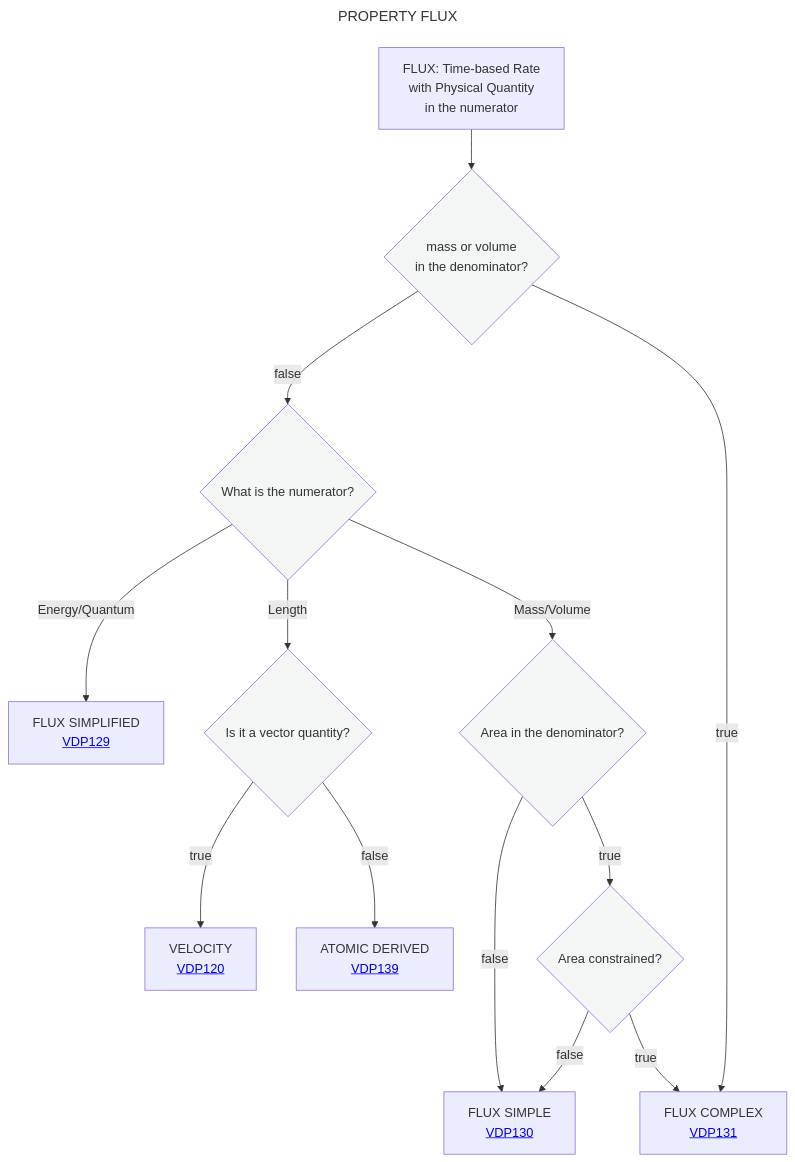
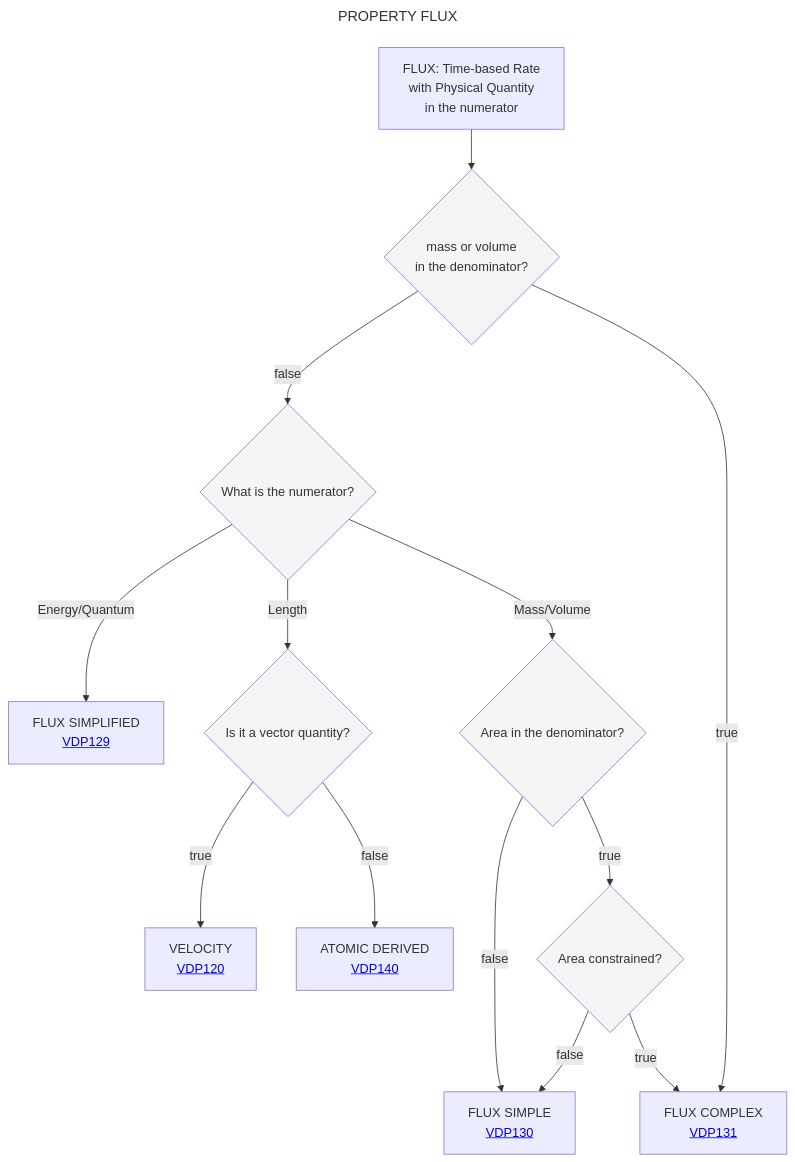
Before and after one commit to mabablue/I-ADOPT-patterns-playground: the diagram in Decisition_trees/DT4.mmd, drawn with Mermaid.

Commit message:
Update link in DT4.mmd for atomic derived pattern

```diff
--- a/Decisition_trees/DT4.mmd
+++ b/Decisition_trees/DT4.mmd
@@ -1,20 +1,20 @@
 ---
 title: PROPERTY FLUX
 ---
 flowchart TD
     A[FLUX: Time-based Rate <br> with Physical Quantity <br> in the numerator] --> B{mass or volume <br> in the denominator?}:::white
     B --> |false|C{What is the numerator?}:::white
     C -- Energy/Quantum--> D[FLUX SIMPLIFIED <br> <a href='https://github.com/mabablue/I-ADOPT-patterns-playground/blob/main/pattern/VDP129.yaml'>VDP129</a>]
     C -- Length --> E{Is it a vector quantity?}:::white
     E --> |true|J[VELOCITY <br> <a href='https://github.com/mabablue/I-ADOPT-patterns-playground/blob/main/pattern/VDP120.yaml'>VDP120</a] 
-    E --> |false|K[ATOMIC DERIVED <br> <a href='https://github.com/mabablue/I-ADOPT-patterns-playground/blob/main/pattern/VDP139.yaml'>VDP139</a] 
+    E --> |false|K[ATOMIC DERIVED <br> <a href='https://github.com/mabablue/I-ADOPT-patterns-playground/blob/main/pattern/VDP140.yaml'>VDP140</a] 
     C -- Mass/Volume --> F{Area in the denominator?}:::white
     F --> |false|I[FLUX SIMPLE <br> <a href='https://github.com/mabablue/I-ADOPT-patterns-playground/blob/main/pattern/VDP130.yaml'>VDP130</a>]
     F --> |true|G{Area constrained?}:::white 
     G --> |true|H[FLUX COMPLEX <br> <a href='https://github.com/mabablue/I-ADOPT-patterns-playground/blob/main/pattern/VDP131.yaml'>VDP131</a>]
     G --> |false|I
     B --> |true|H
    classDef blue fill:#90D5FF
    classDef satblue fill:#57B9FF 
    classDef white fill:#f3f6f4
    classDef green fill:#6aa84f
```
